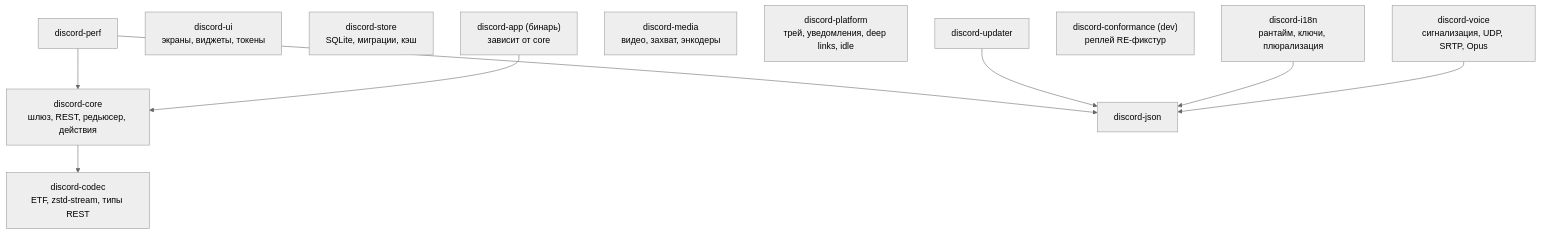
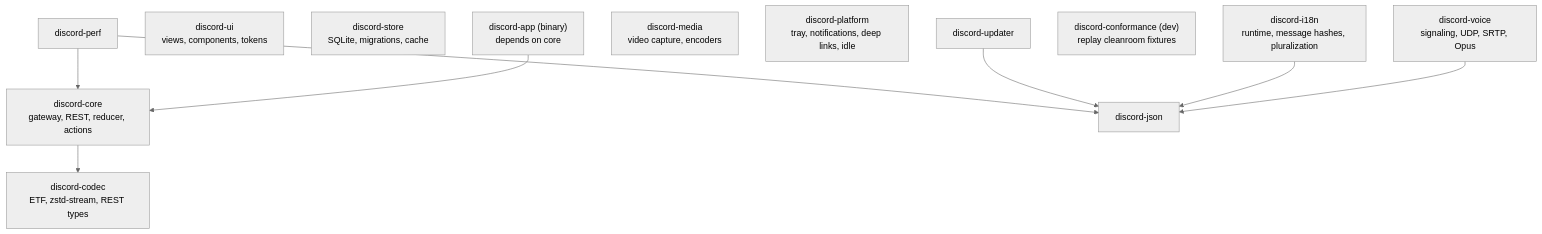
Before and after one commit to Userbash/chord: the second of 5 diagrams in docs/rust-client/ARCHITECTURE.md, drawn with Mermaid (neutral theme). The commit also changed other lines of this file and 2279 other files, not shown here.

````diff
--- a/docs/rust-client/ARCHITECTURE.md
+++ b/docs/rust-client/ARCHITECTURE.md
@@ -52,20 +42,20 @@
 ```mermaid
 flowchart TD
-    APP["discord-app (бинарь)<br/>зависит от core"]
-    UI["discord-ui<br/>экраны, виджеты, токены"]
-    CORE["discord-core<br/>шлюз, REST, редьюсер, действия"]
-    ENC["discord-codec<br/>ETF, zstd-stream, типы REST"]
-    STORE["discord-store<br/>SQLite, миграции, кэш"]
-    VOICE["discord-voice<br/>сигнализация, UDP, SRTP, Opus"]
-    MEDIA["discord-media<br/>видео, захват, энкодеры"]
-    PLAT["discord-platform<br/>трей, уведомления, deep links, idle"]
-    I18N["discord-i18n<br/>рантайм, ключи, плюрализация"]
-    CONF["discord-conformance (dev)<br/>реплей RE-фикстур"]
+    APP["discord-app (binary)<br/>depends on core"]
+    UI["discord-ui<br/>views, components, tokens"]
+    CORE["discord-core<br/>gateway, REST, reducer, actions"]
+    ENC["discord-codec<br/>ETF, zstd-stream, REST types"]
+    STORE["discord-store<br/>SQLite, migrations, cache"]
+    VOICE["discord-voice<br/>signaling, UDP, SRTP, Opus"]
+    MEDIA["discord-media<br/>video capture, encoders"]
+    PLAT["discord-platform<br/>tray, notifications, deep links, idle"]
+    I18N["discord-i18n<br/>runtime, message hashes, pluralization"]
+    CONF["discord-conformance (dev)<br/>replay cleanroom fixtures"]
     APP --> CORE
     CORE --> ENC
     VOICE --> JSON["discord-json"]
     I18N --> JSON
     UPDATER["discord-updater"] --> JSON
     PERF["discord-perf"] --> CORE
     PERF --> JSON
 ```
````
